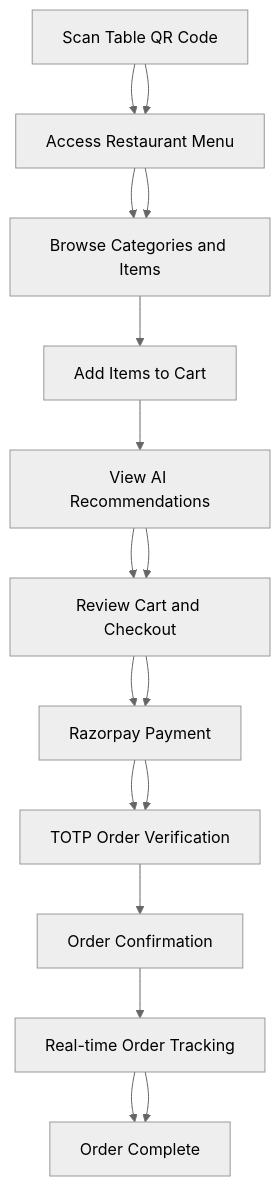
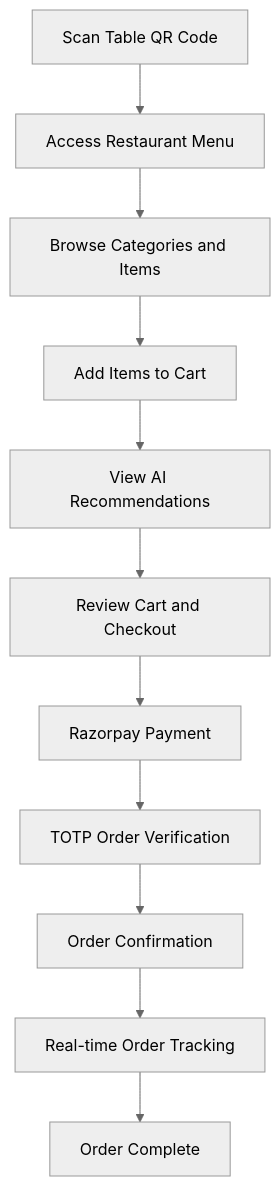
Before and after one commit to Atharvkote/ai-based-contactless-ordering: the first of 4 diagrams in README.md, drawn with Mermaid (neutral theme). The commit also changed other lines of this file and 1 other file, not shown here.

````diff
--- a/README.md
+++ b/README.md
@@ -64,19 +40,13 @@
 ```mermaid
 graph TD
-    A[Scan Table QR Code] --> B[Access Restaurant Menu]
-    B --> C[Browse Categories and Items]
     A[Scan Table QR Code] --> B[Access Restaurant Menu]
     B --> C[Browse Categories and Items]
     C --> D[Add Items to Cart]
     D --> E[View AI Recommendations]
     E --> F[Review Cart and Checkout]
     F --> G[Razorpay Payment]
     G --> H[TOTP Order Verification]
-    E --> F[Review Cart and Checkout]
-    F --> G[Razorpay Payment]
-    G --> H[TOTP Order Verification]
     H --> I[Order Confirmation]
     I --> J[Real-time Order Tracking]
     J --> K[Order Complete]
-    J --> K[Order Complete]
 ```
````
